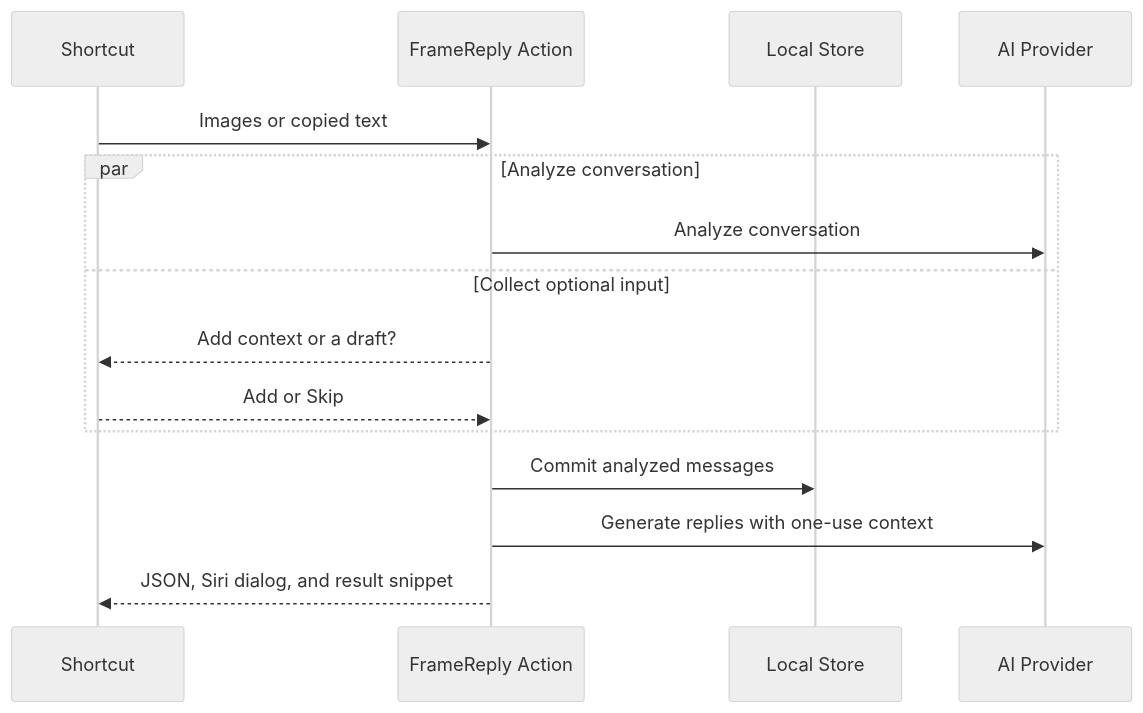
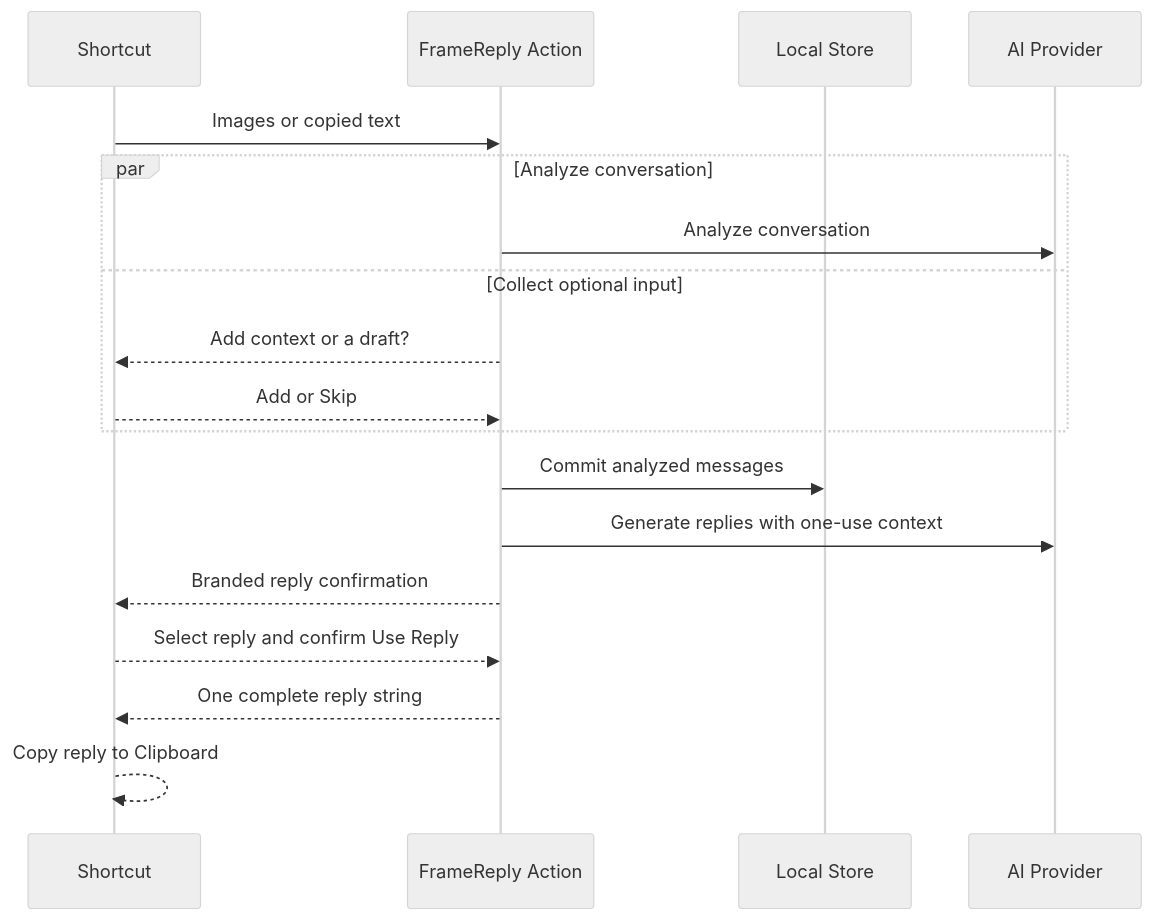
One commit to fanjin-z/framereply changed the diagram in docs/shortcuts.md. Above: the diagram before and after it, drawn with Mermaid (neutral theme). The commit also changed other lines of this file and 5 other files, not shown here.

Commit message:
feat: add shortcut replies confirmation intent with session-scoped selection

````diff
--- a/docs/shortcuts.md
+++ b/docs/shortcuts.md
@@ -19,18 +19,21 @@
 ```mermaid
 sequenceDiagram
     participant Shortcut
     participant Action as FrameReply Action
     participant Store as Local Store
     participant Provider as AI Provider
 
     Shortcut->>Action: Images or copied text
     par Analyze conversation
         Action->>Provider: Analyze conversation
     and Collect optional input
         Action-->>Shortcut: Add context or a draft?
         Shortcut-->>Action: Add or Skip
     end
     Action->>Store: Commit analyzed messages
     Action->>Provider: Generate replies with one-use context
-    Action-->>Shortcut: JSON, Siri dialog, and result snippet
+    Action-->>Shortcut: Branded reply confirmation
+    Shortcut-->>Action: Select reply and confirm Use Reply
+    Action-->>Shortcut: One complete reply string
+    Shortcut-->>Shortcut: Copy reply to Clipboard
 ```
````
